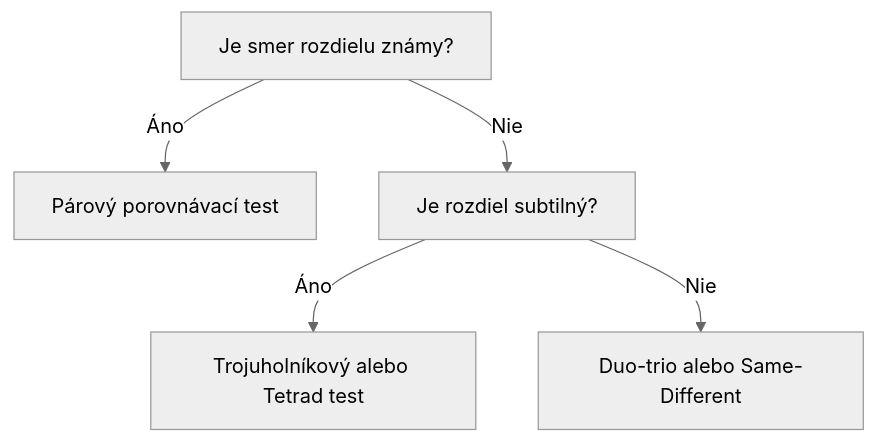
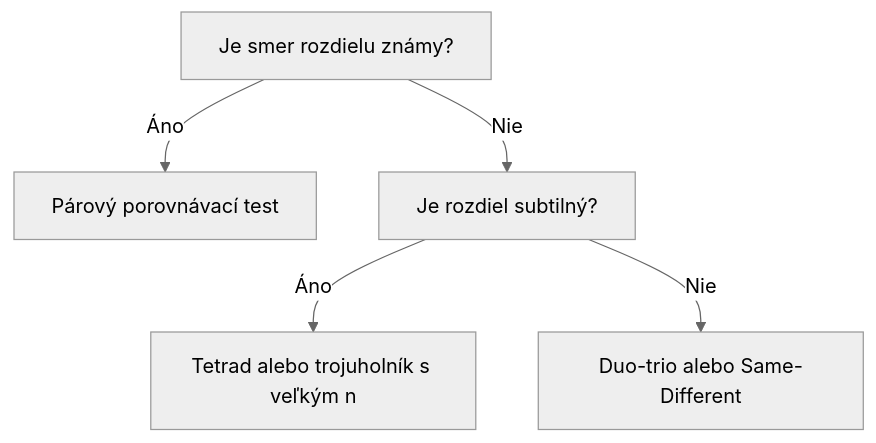
One commit to senzorika/SAP changed the seventh of 7 diagrams in prezentacie/diskriminacne_metody.qmd. Above: the diagram before and after it, drawn with Mermaid (neutral theme). The commit also changed other lines of this file and 36 other files, not shown here.

````diff
--- a/prezentacie/diskriminacne_metody.qmd
+++ b/prezentacie/diskriminacne_metody.qmd
@@ -276,7 +279,7 @@
 ```mermaid
 graph TD
     A[Je smer rozdielu známy?] -->|Áno| B[Párový porovnávací test]
     A -->|Nie| C[Je rozdiel subtilný?]
-    C -->|Áno| D[Trojuholníkový alebo Tetrad test]
+    C -->|Áno| D[Tetrad alebo trojuholník s veľkým n]
     C -->|Nie| E[Duo-trio alebo Same-Different]
 ```
````
